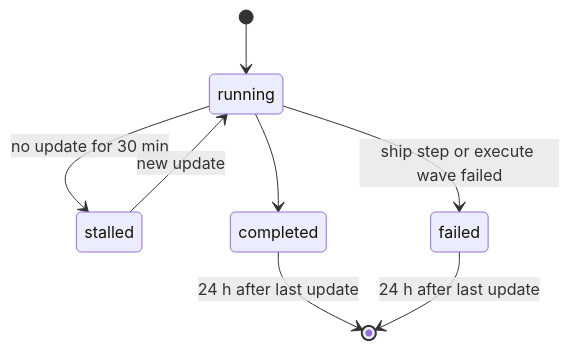
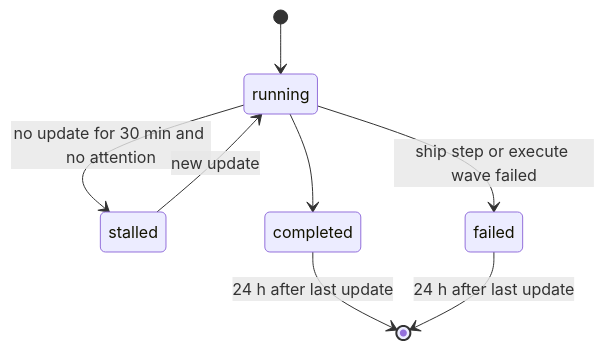
The third of 3 diagrams in openspec/specs/pipeline-dashboard/spec.md (rnagrodzki/sdlc-plugin), drawn with Mermaid before and after one commit. The commit also changed other lines of this file and 131 other files, not shown here.

````diff
--- a/openspec/specs/pipeline-dashboard/spec.md
+++ b/openspec/specs/pipeline-dashboard/spec.md
@@ -187,10 +187,10 @@
 ```mermaid
 stateDiagram-v2
   [*] --> running
-  running --> stalled: no update for 30 min
+  running --> stalled: no update for 30 min and no attention
   stalled --> running: new update
   running --> completed
   running --> failed: ship step or execute wave failed
   completed --> [*]: 24 h after last update
   failed --> [*]: 24 h after last update
 ```
````
